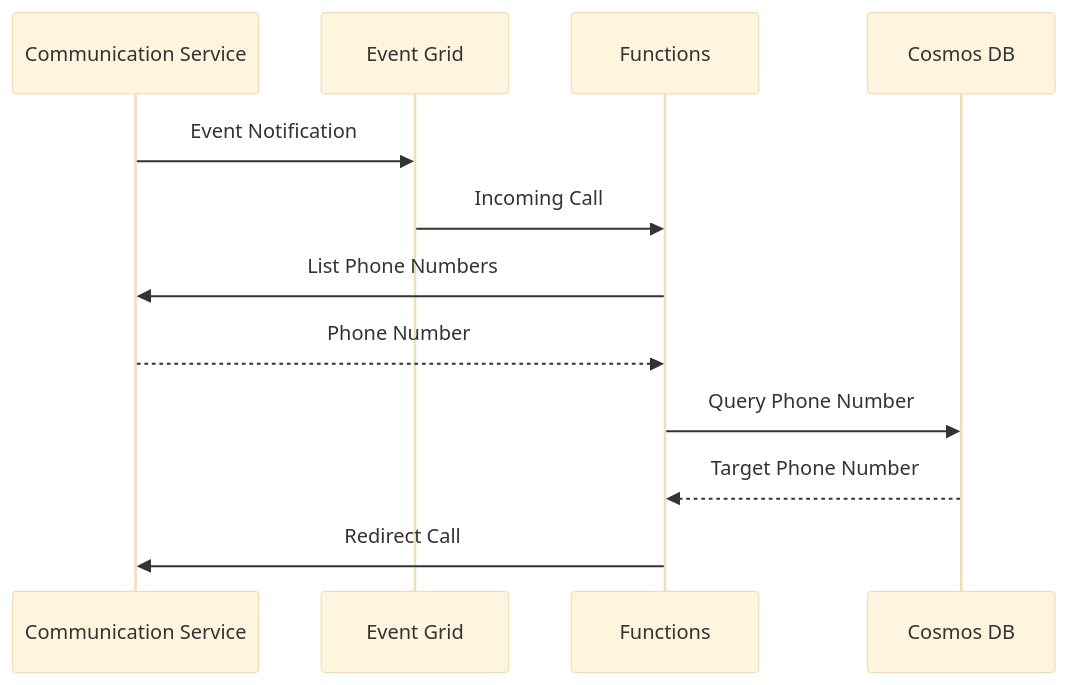
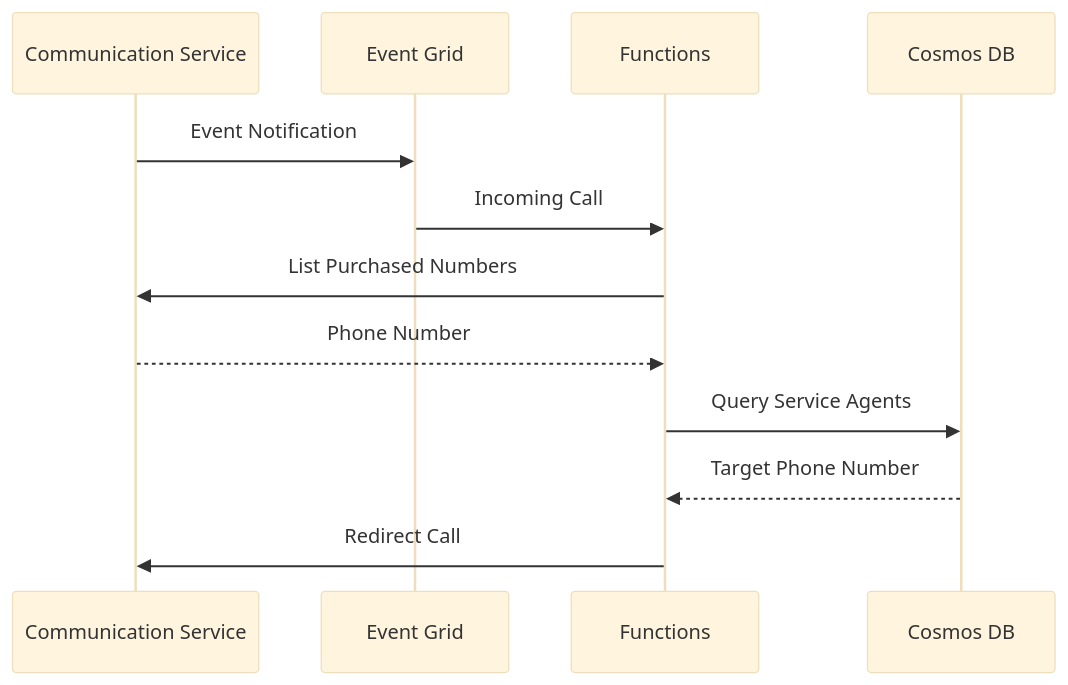
The diagram in README.md (ljtill/azure-call-handler), drawn with Mermaid (base theme) before and after one commit.

Commit message:
docs: update architecture diagram (#16)

````diff
--- a/README.md
+++ b/README.md
@@ -11,19 +11,19 @@
 ```mermaid
 sequenceDiagram
     participant Communication Service
     participant Event Grid
     participant Functions
     participant Cosmos DB
 
     Communication Service->>Event Grid: Event Notification
 
     Event Grid->>Functions: Incoming Call
 
-    Functions->>Communication Service: List Phone Numbers
+    Functions->>Communication Service: List Purchased Numbers
     Communication Service-->>Functions: Phone Number
 
-    Functions->>Cosmos DB: Query Phone Number
+    Functions->>Cosmos DB: Query Service Agents
     Cosmos DB-->>Functions: Target Phone Number
 
     Functions->>Communication Service: Redirect Call
 ```
````
